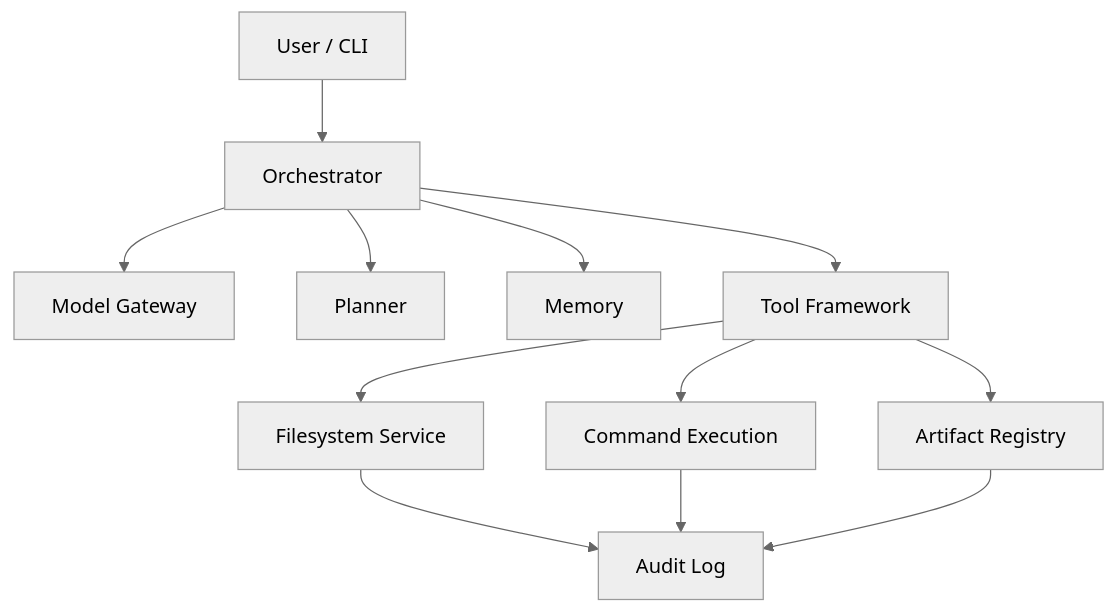
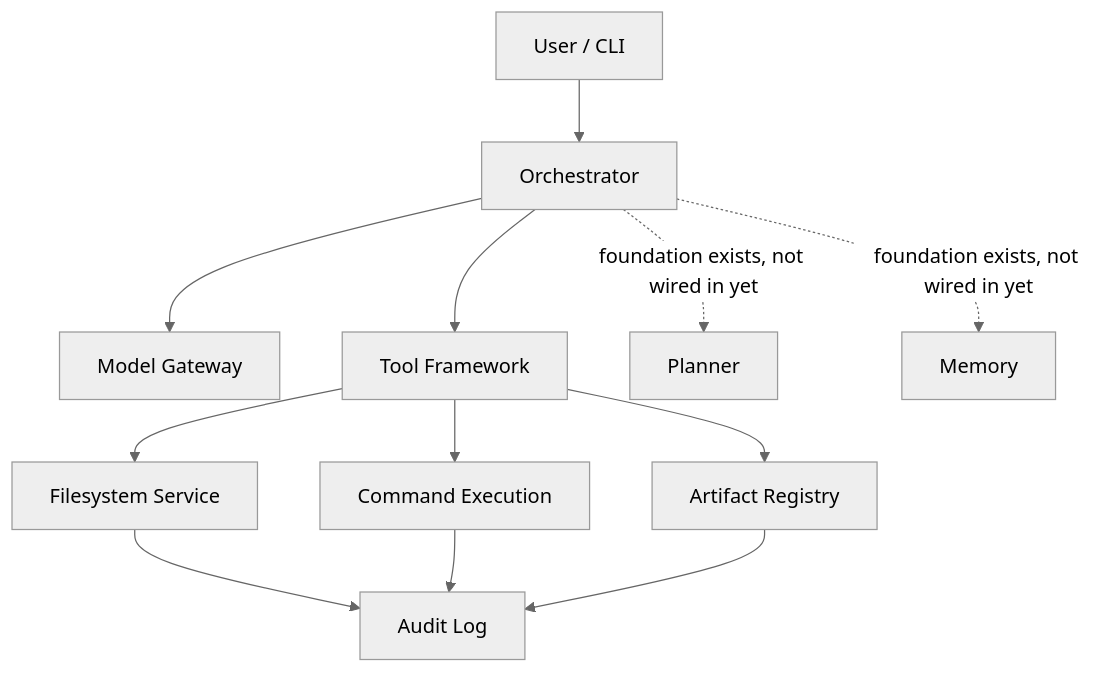
Before and after one commit to neural-agi/Qwen3-Coder-Next: the diagram in README.md, drawn with Mermaid (neutral theme). The commit also changed other lines of this file, not shown here.

First line of the commit message:
Clarify Planner and Memory status in README

````diff
--- a/README.md
+++ b/README.md
@@ -50,14 +50,14 @@
 ```mermaid
 flowchart TD
     U[User / CLI] --> O[Orchestrator]
     O --> MG[Model Gateway]
-    O --> PL[Planner]
-    O --> MEM[Memory]
     O --> TF[Tool Framework]
     TF --> FS[Filesystem Service]
     TF --> CMD[Command Execution]
     TF --> AR[Artifact Registry]
     FS --> AL[Audit Log]
     CMD --> AL
     AR --> AL
+    O -.->|foundation exists, not wired in yet| PL[Planner]
+    O -.->|foundation exists, not wired in yet| MEM[Memory]
 ```
````
